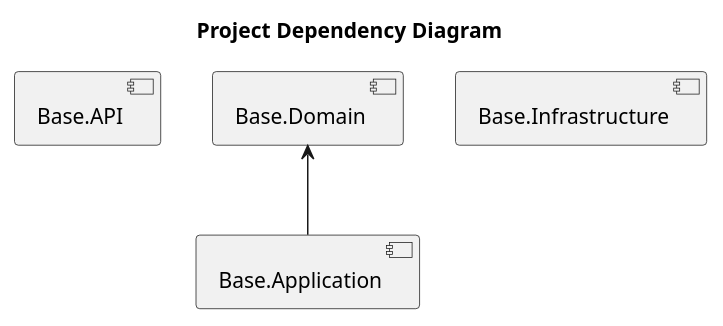
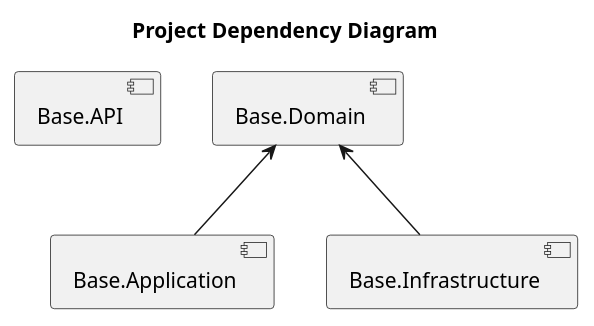
The diagram in Architecure.puml (sandrogomez/dotnet-base-micro-api), drawn with PlantUML before and after one commit. The commit also changed 1 other file, not shown here.

Commit message:
chore: Add Base.Infrastructure reference to Base.Domain

```diff
--- a/Architecure.puml
+++ b/Architecure.puml
@@ -1,14 +1,15 @@
 @startuml
 title Project Dependency Diagram
 
 ' Define components (e.g., projects, libraries, etc.)
 component "Base.API" as BaseAPI
 component "Base.Application" as BaseApplication
 component "Base.Domain" as BaseDomain
 component "Base.Infrastructure" as BaseInfrastructure
 
 
 ' Define relationships
 BaseDomain <-- BaseApplication
+BaseDomain <-- BaseInfrastructure
 
 @enduml
```
